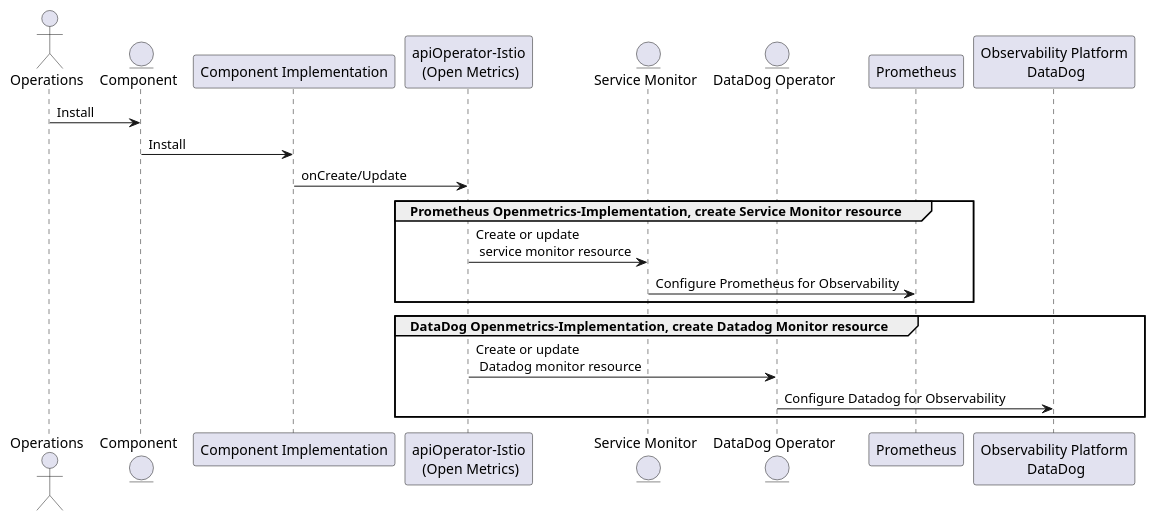
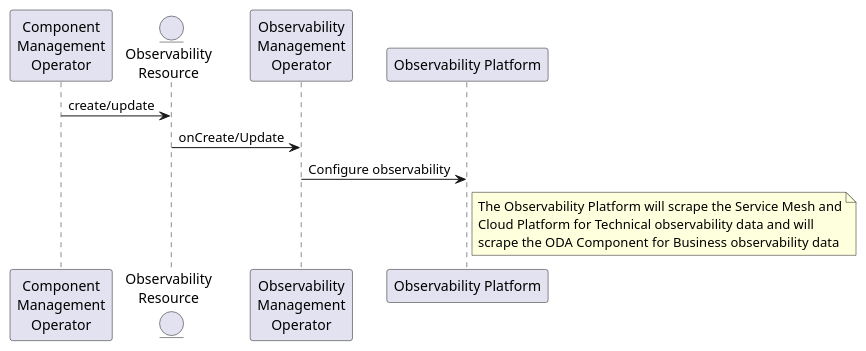
Before and after one commit to tmforum-oda/oda-canvas: the diagram in usecase-library/pumlFiles/configure-observability.puml, drawn with PlantUML. The commit also changed 43 other files, not shown here.

```diff
--- a/usecase-library/pumlFiles/configure-observability.puml
+++ b/usecase-library/pumlFiles/configure-observability.puml
@@ -1,24 +1,17 @@
 @startuml
 
-actor Operations
-entity Component
-participant "Component Implementation" as ComponentImplementation
-participant "apiOperator-Istio\n (Open Metrics)"
-entity "Service Monitor"
-entity "DataDog Operator" as DataDogOperator
-participant Prometheus
-participant "Observability Platform\n DataDog"
+participant "Component\nManagement\nOperator" as ComponentOperator
+entity "Observability\nResource" as Observability
+participant "Observability\nManagement\nOperator" as ObservabilityOperator
+participant "Observability Platform" as ObservabilityPlatform
 
-Component <- Operations : Install
-Component -> ComponentImplementation : Install
-ComponentImplementation -> "apiOperator-Istio\n (Open Metrics)": onCreate/Update
-group Prometheus Openmetrics-Implementation, create Service Monitor resource
-    "apiOperator-Istio\n (Open Metrics)" -> "Service Monitor": Create or update\n service monitor resource
-    "Service Monitor"-> Prometheus: Configure Prometheus for Observability
-end
-group DataDog Openmetrics-Implementation, create Datadog Monitor resource
-   "apiOperator-Istio\n (Open Metrics)" -> DataDogOperator: Create or update\n Datadog monitor resource
-    DataDogOperator-> "Observability Platform\n DataDog" : Configure Datadog for Observability
-end 
+ComponentOperator -> Observability : create/update
+Observability -> ObservabilityOperator: onCreate/Update
+ObservabilityOperator -> ObservabilityPlatform: Configure observability 
+note right of ObservabilityPlatform
+  The Observability Platform will scrape the Service Mesh and
+  Cloud Platform for Technical observability data and will
+  scrape the ODA Component for Business observability data
+end note
 
 @enduml
```
